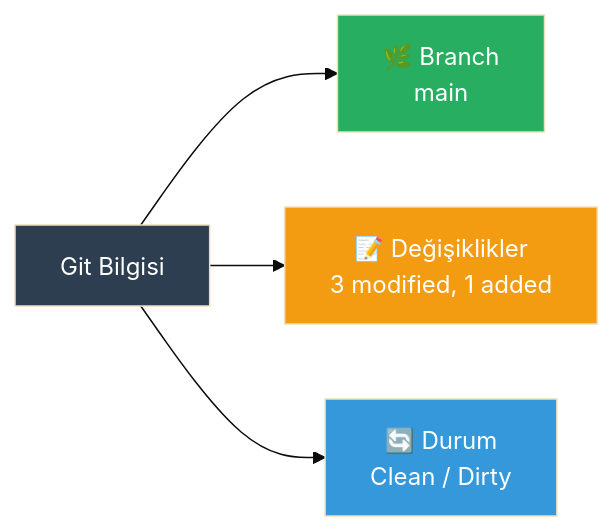
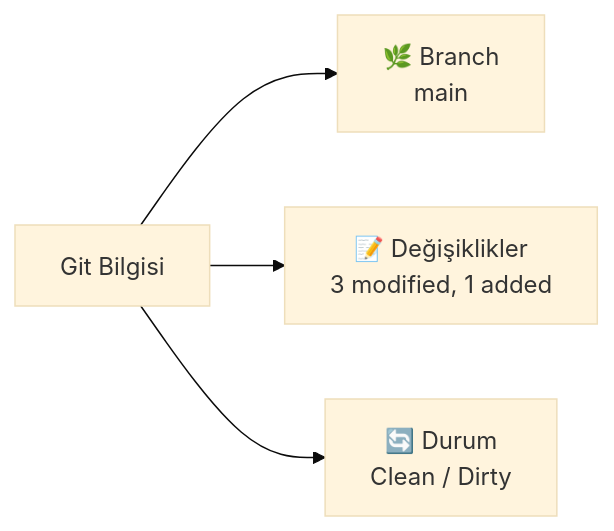
One commit to IzzetYasinAtes/ClaudeCodeHandbook changed the third of 4 diagrams in 17-konfigurasyon/06-durum-satiri.md. Above: the diagram before and after it, drawn with Mermaid (base theme). The commit also changed other lines of this file and 97 other files, not shown here.

Commit message:
Remove all custom Mermaid style/fill colors from 98 markdown files for consistent dark theme rendering

````diff
--- a/17-konfigurasyon/06-durum-satiri.md
+++ b/17-konfigurasyon/06-durum-satiri.md
@@ -110,11 +102,7 @@
 ```mermaid
 flowchart LR
     GIT["Git Bilgisi"] --> BRANCH["🌿 Branch<br/>main"]
     GIT --> CHANGES["📝 Değişiklikler<br/>3 modified, 1 added"]
     GIT --> STATUS["🔄 Durum<br/>Clean / Dirty"]
 
-    style GIT fill:#2C3E50,color:#fff
-    style BRANCH fill:#27AE60,color:#fff
-    style CHANGES fill:#F39C12,color:#fff
-    style STATUS fill:#3498DB,color:#fff
 ```
````
